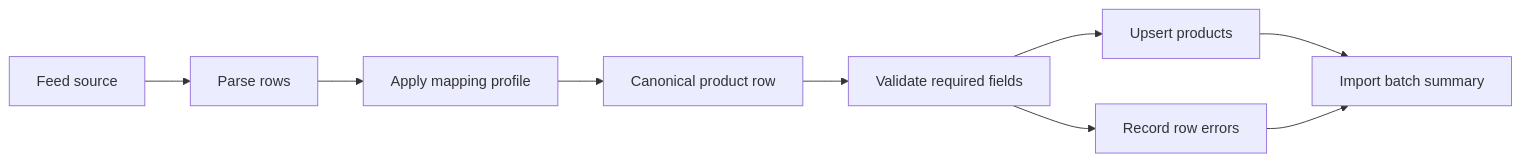
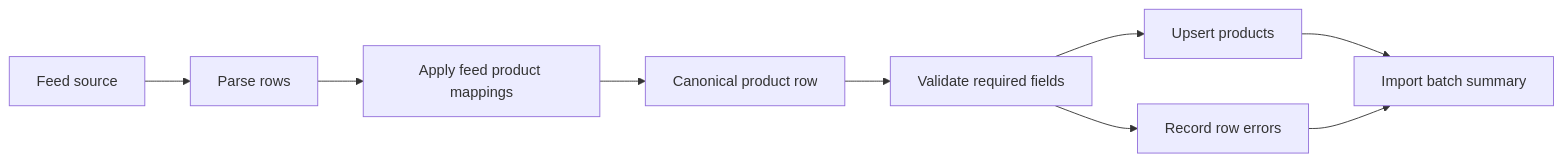
Before and after one commit to arifje/affiliate-portal: the diagram in docs/feed-mapping.md, drawn with Mermaid. The commit also changed other lines of this file and 39 other files, not shown here.

Commit message:
Retire legacy feed mapping profiles

````diff
--- a/docs/feed-mapping.md
+++ b/docs/feed-mapping.md
@@ -80,11 +86,11 @@
 ```mermaid
 flowchart LR
     A["Feed source"] --> B["Parse rows"]
-    B --> C["Apply mapping profile"]
+    B --> C["Apply feed product mappings"]
     C --> D["Canonical product row"]
     D --> E["Validate required fields"]
     E --> F["Upsert products"]
     E --> G["Record row errors"]
     F --> H["Import batch summary"]
     G --> H
 ```
````
